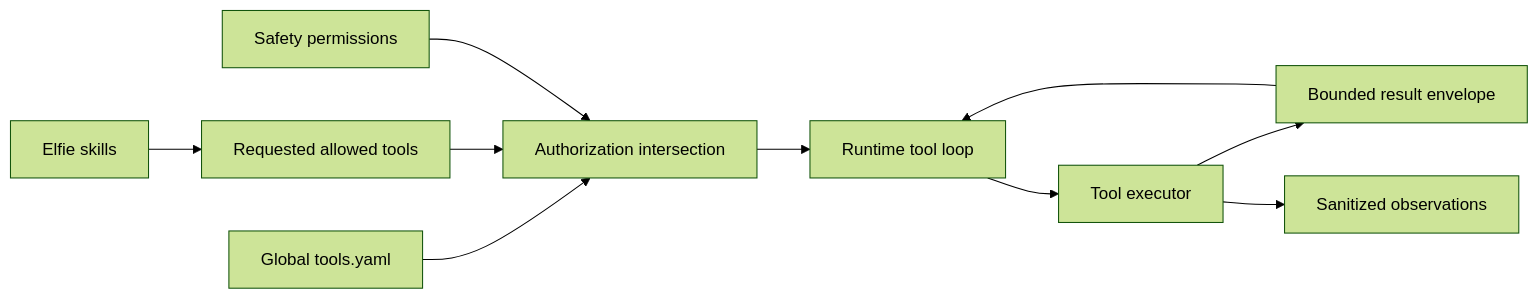
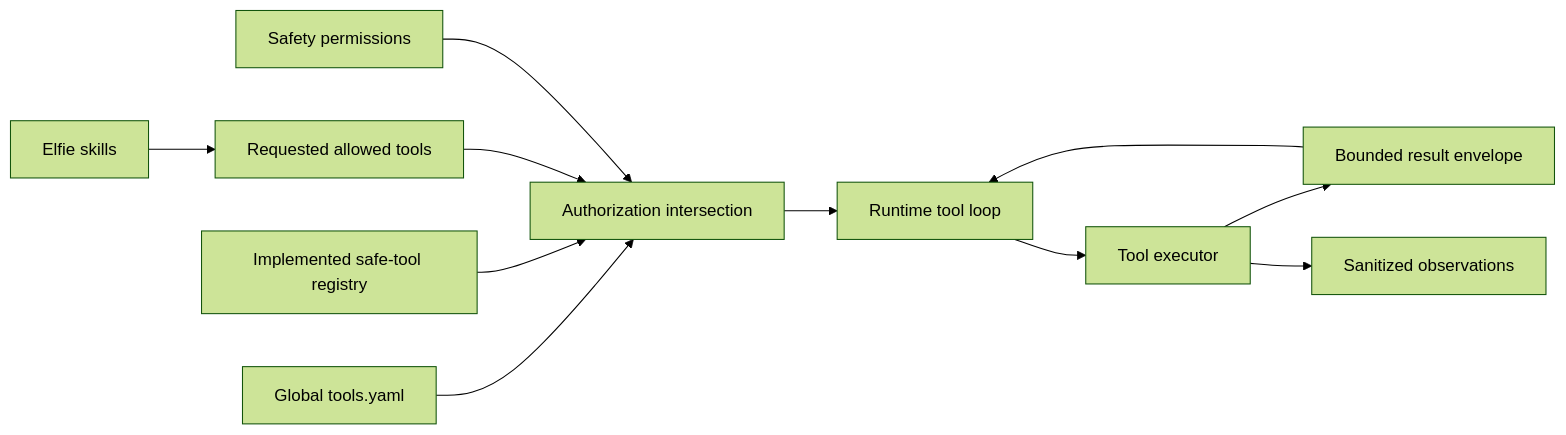
One commit to elfie-univ/ElfieNest changed the second of 2 diagrams in docs/developer/architecture-ai-runtime.md. Above: the diagram before and after it, drawn with Mermaid (forest theme). The commit also changed other lines of this file and 126 other files, not shown here.

````diff
--- a/docs/developer/architecture-ai-runtime.md
+++ b/docs/developer/architecture-ai-runtime.md
@@ -422,12 +422,13 @@
 ```mermaid
 flowchart LR
   SK["Elfie skills"] --> AL["Requested allowed tools"]
   GC["Global tools.yaml"] --> IX["Authorization intersection"]
+  IR["Implemented safe-tool registry"] --> IX
   AL --> IX
   PM["Safety permissions"] --> IX
   IX --> TL["Runtime tool loop"]
   TL --> EX["Tool executor"]
   EX --> BD["Bounded result envelope"]
   BD --> TL
   EX --> OB["Sanitized observations"]
 ```
````
